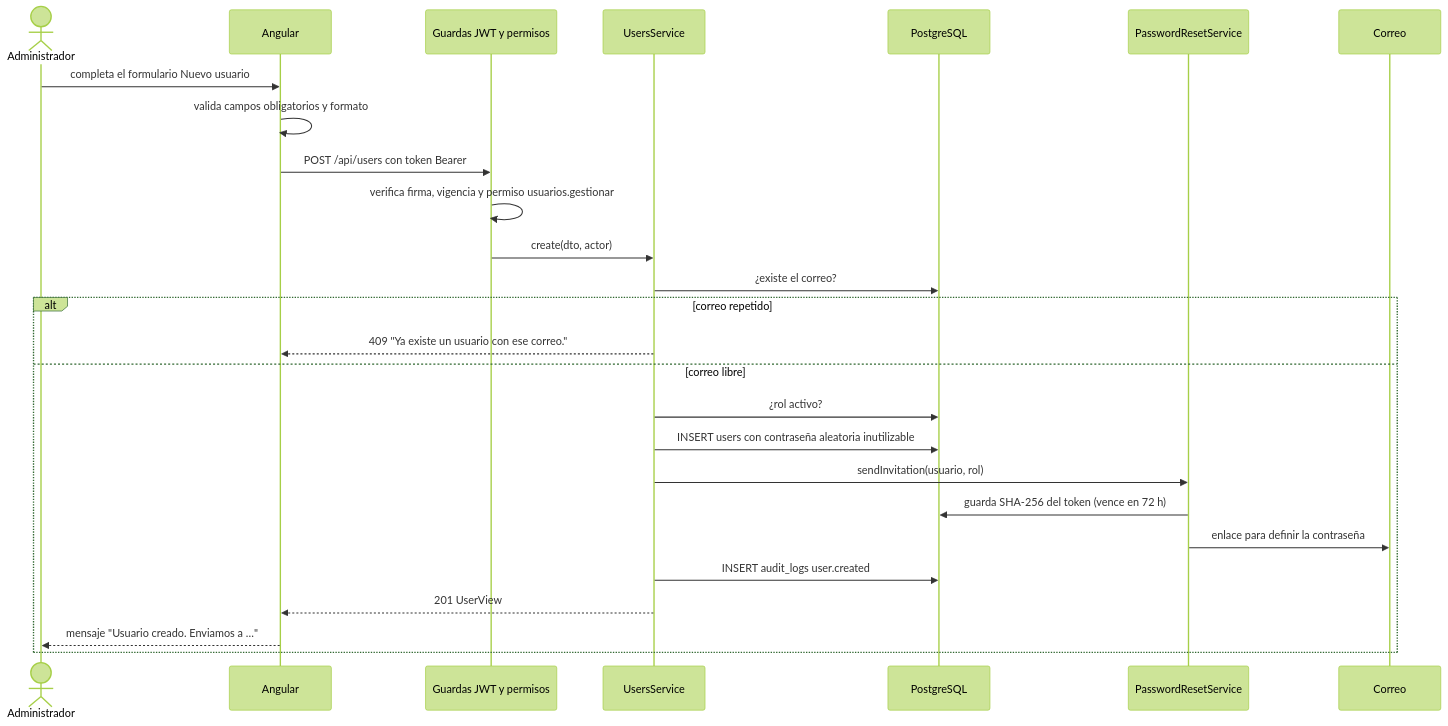
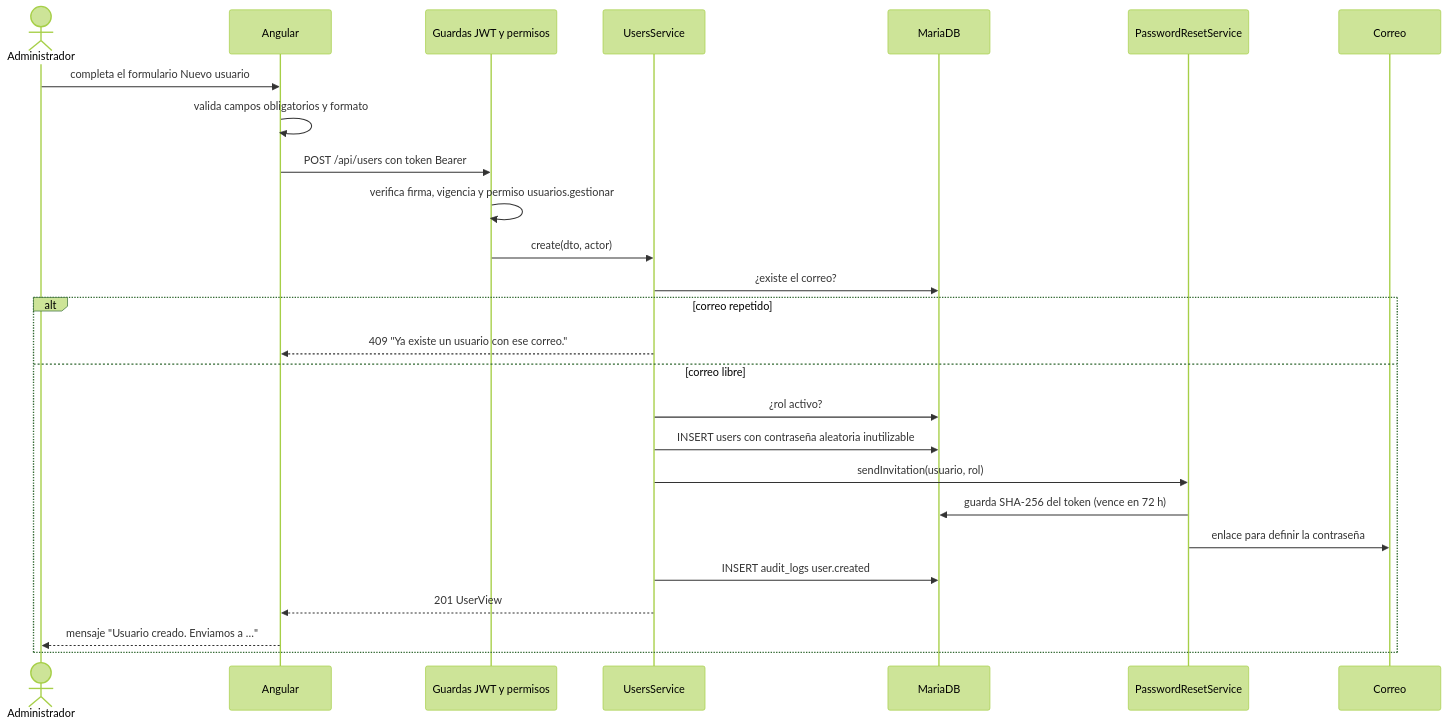
Before and after one commit to 98765432100123456/Aplicacion-a-la-inteligencia-artificial-: the diagram in docs/uml/fuentes/secuencia-crear-usuario.mmd, drawn with Mermaid (forest theme). The commit also changed 23 other files, not shown here.

```diff
--- a/docs/uml/fuentes/secuencia-crear-usuario.mmd
+++ b/docs/uml/fuentes/secuencia-crear-usuario.mmd
@@ -1,26 +1,26 @@
 sequenceDiagram
     actor A as Administrador
     participant W as Angular
     participant G as Guardas JWT y permisos
     participant S as UsersService
-    participant D as PostgreSQL
+    participant D as MariaDB
     participant P as PasswordResetService
     participant M as Correo
     A->>W: completa el formulario Nuevo usuario
     W->>W: valida campos obligatorios y formato
     W->>G: POST /api/users con token Bearer
     G->>G: verifica firma, vigencia y permiso usuarios.gestionar
     G->>S: create(dto, actor)
     S->>D: ¿existe el correo?
     alt correo repetido
         S-->>W: 409 "Ya existe un usuario con ese correo."
     else correo libre
         S->>D: ¿rol activo?
         S->>D: INSERT users con contraseña aleatoria inutilizable
         S->>P: sendInvitation(usuario, rol)
         P->>D: guarda SHA-256 del token (vence en 72 h)
         P->>M: enlace para definir la contraseña
         S->>D: INSERT audit_logs user.created
         S-->>W: 201 UserView
         W-->>A: mensaje "Usuario creado. Enviamos a …"
     end
```
